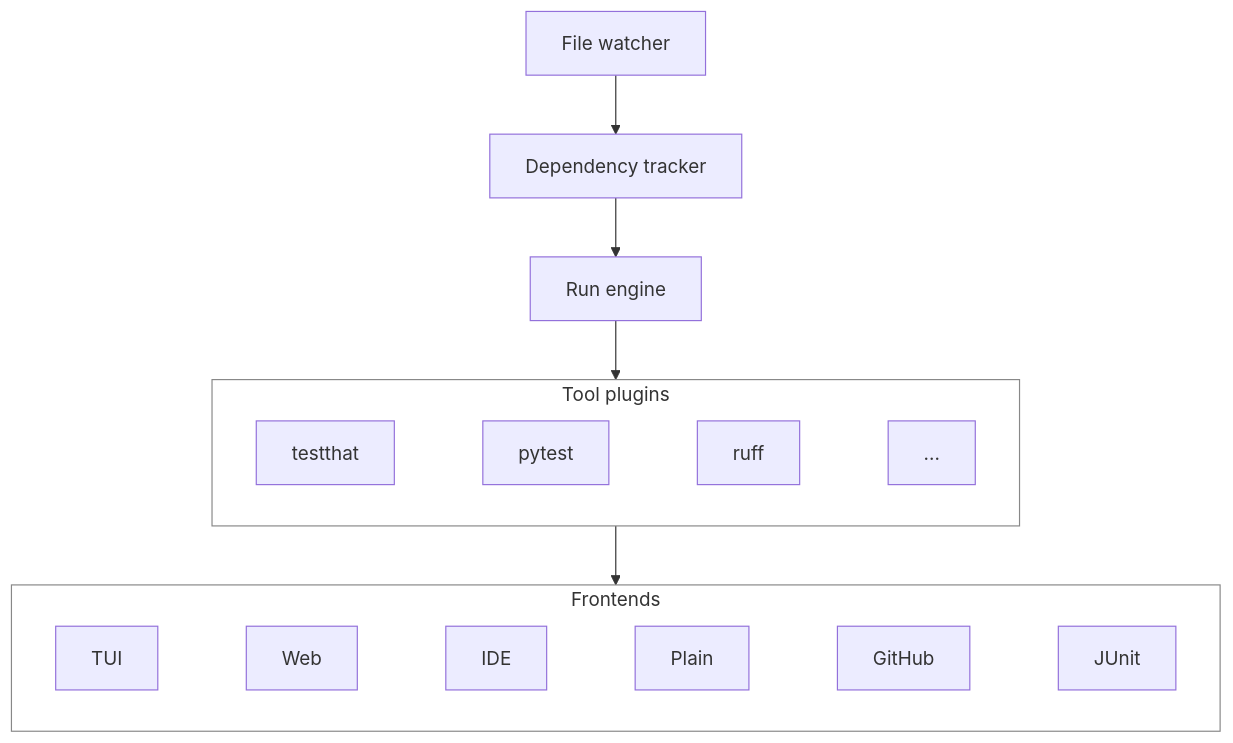
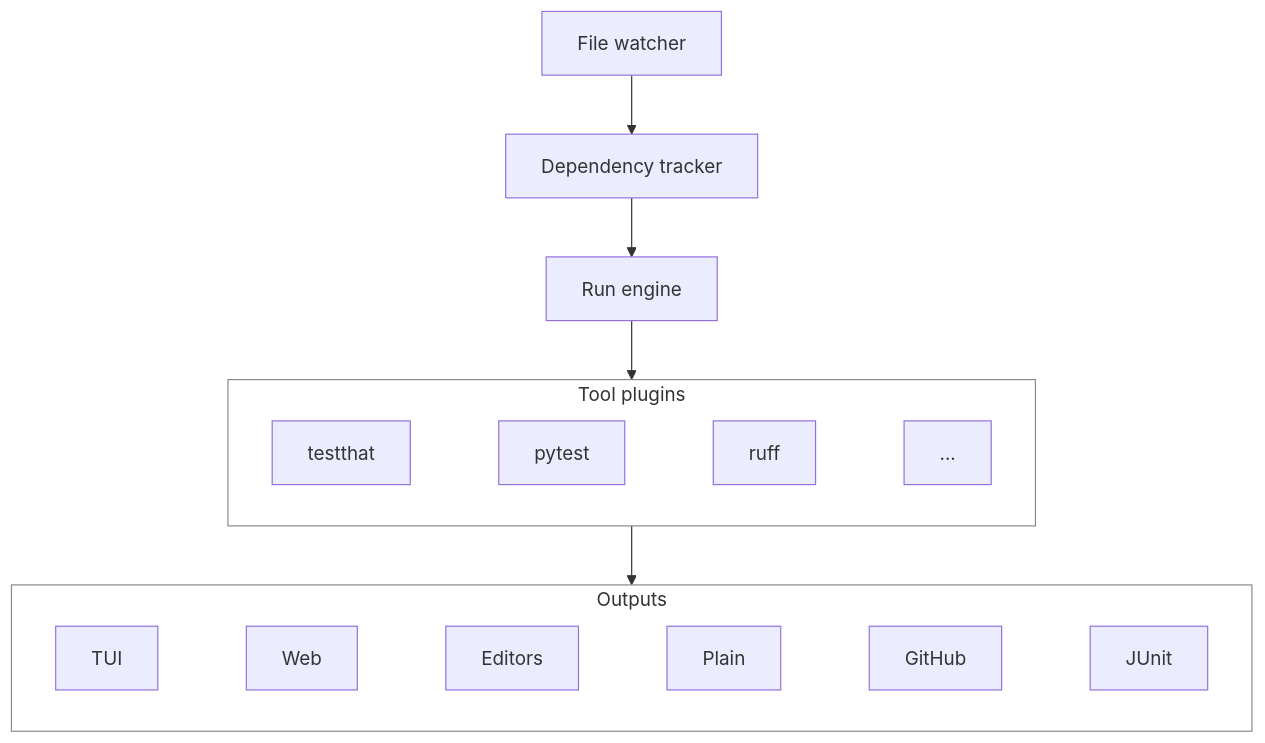
The diagram in docs-src/internals.md (vincentarelbundock/scrutin), drawn with Mermaid before and after one commit. The commit also changed other lines of this file and 73 other files, not shown here.

````diff
--- a/docs-src/internals.md
+++ b/docs-src/internals.md
@@ -5,20 +5,20 @@
 ``` mermaid
 flowchart TD
     W[File watcher] --> D[Dependency tracker] --> E[Run engine]
 
     subgraph P [Tool plugins]
         direction LR
         P1[testthat] ~~~ P2[pytest] ~~~ P3[ruff] ~~~ P4[...]
     end
 
     E --> P
-    subgraph UI [Frontends]
+    subgraph UI [Outputs]
         direction LR
-        U1[TUI] ~~~ U2[Web] ~~~ U3[IDE] ~~~ U4[Plain] ~~~ U5[GitHub] ~~~ U6[JUnit]
+        U1[TUI] ~~~ U2[Web] ~~~ U3[Editors] ~~~ U4[Plain] ~~~ U5[GitHub] ~~~ U6[JUnit]
     end
 
     P --> UI
 
     style P fill:transparent,stroke:#888
     style UI fill:transparent,stroke:#888
 ```
````
